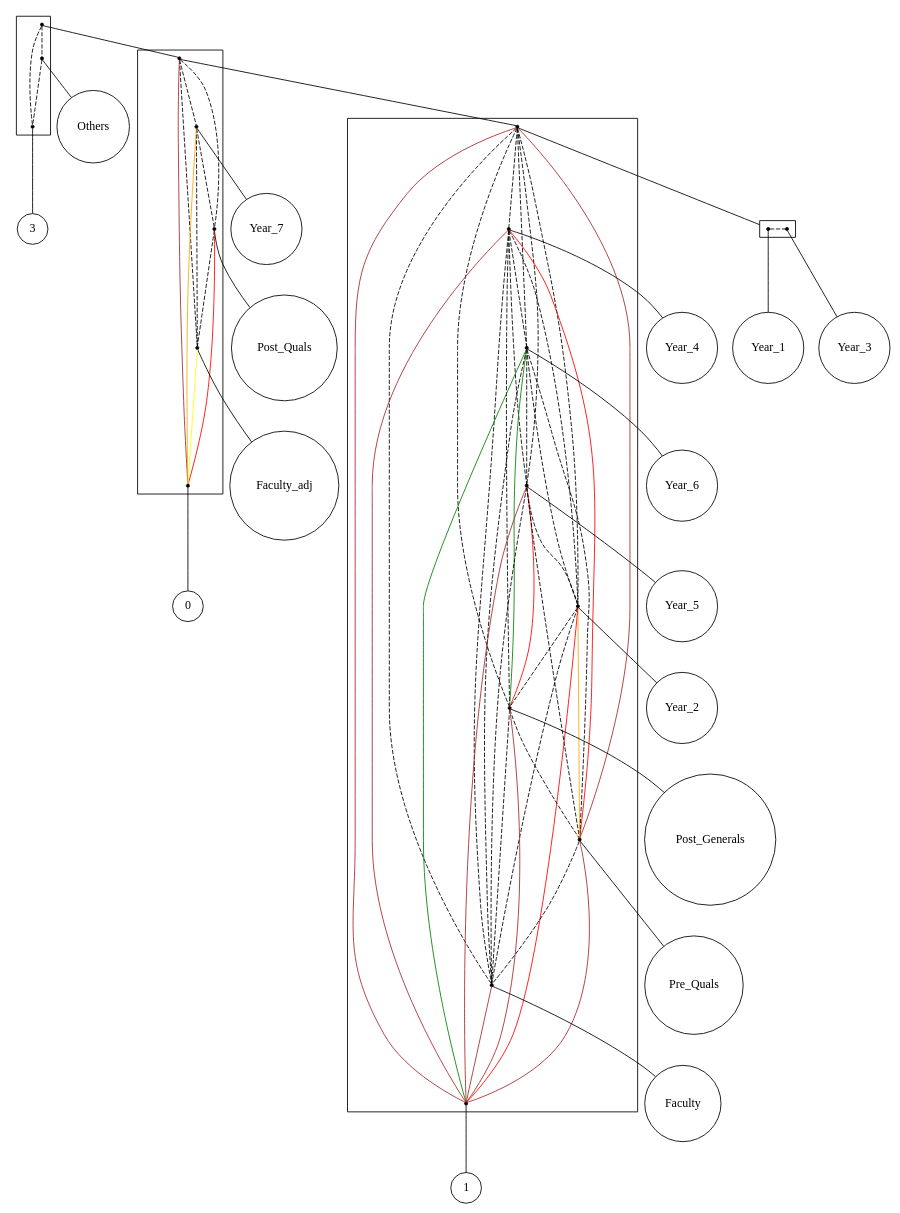
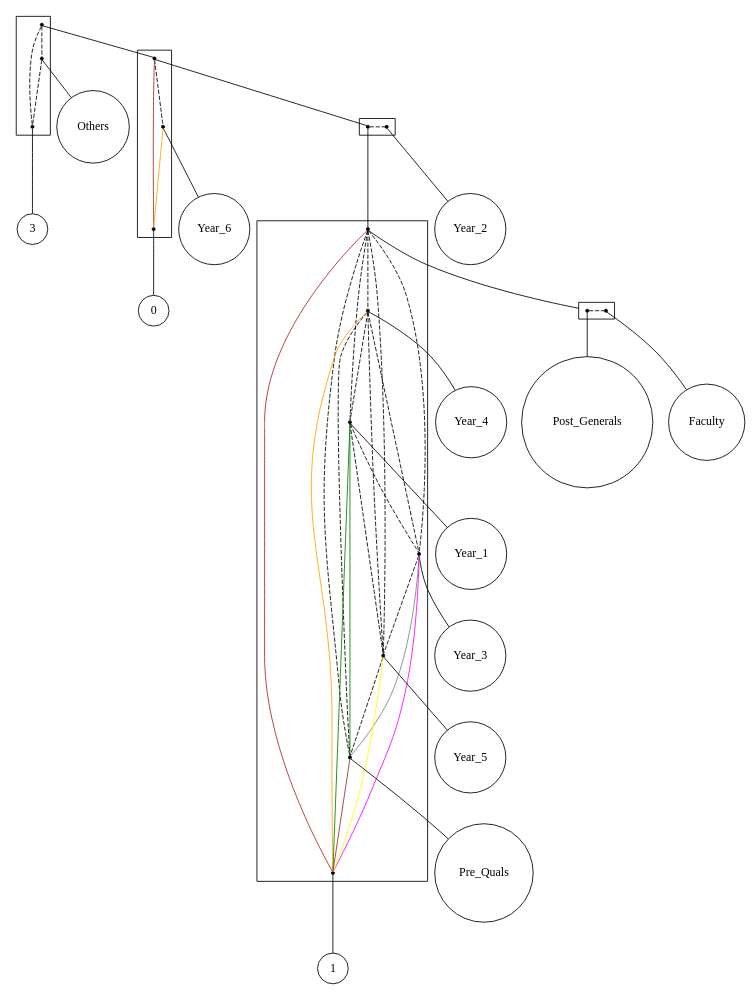
One commit to lrodrin/TFG changed the diagram in src/extension/linear_2-structure.dot. Above: the diagram before and after it, drawn with Graphviz. The commit also changed 6 other files, not shown here.

```diff
--- a/src/extension/linear_2-structure.dot
+++ b/src/extension/linear_2-structure.dot
@@ -1,109 +1,88 @@
 strict digraph "linear_2-structure" {
 compound=true;
 fontname=Verdana;
 fontsize=12;
 newrank=true;
 node [shape=circle];
 Others;
 3;
-Year_7;
-Post_Quals;
-Faculty_adj;
+Year_6;
 0;
+Year_2;
 Year_4;
-Year_6;
-Year_5;
-Year_2;
-Post_Generals;
-Pre_Quals;
-Faculty;
-1;
 Year_1;
 Year_3;
-subgraph cluster_Year_60FacultyFaculty_adjYear_3Year_41Year_1Pre_QualsYear_7Post_GeneralsOthers3Year_5Post_QualsYear_2 {
+Year_5;
+Pre_Quals;
+1;
+Post_Generals;
+Faculty;
+subgraph cluster_0Year_3Year_5Pre_QualsYear_6OthersYear_23Year_1Post_Generals1Year_4Faculty {
 node [shape=point];
-s_1Year_20Year_5Year_1Post_QualsYear_6Pre_QualsYear_7FacultyFaculty_adjYear_3Year_4Post_Generals -> s_Others  [arrowhead=none, color=black, style=dashed];
-s_1Year_20Year_5Year_1Post_QualsYear_6Pre_QualsYear_7FacultyFaculty_adjYear_3Year_4Post_Generals -> s_3  [arrowhead=none, color=black, style=dashed];
+s_Year_2Year_5Year_10Year_4Year_3Post_Generals1Pre_QualsYear_6Faculty -> s_Others  [arrowhead=none, color=black, style=dashed];
+s_Year_2Year_5Year_10Year_4Year_3Post_Generals1Pre_QualsYear_6Faculty -> s_3  [arrowhead=none, color=black, style=dashed];
 s_Others -> s_3  [arrowhead=none, color=black, style=dashed];
 }
 
-subgraph cluster_Year_60Year_5Post_QualsFacultyFaculty_adjYear_3Year_41Year_2Year_1Pre_QualsYear_7Post_Generals {
+subgraph cluster_0Year_3Year_5Pre_QualsYear_6Year_2Year_1Post_Generals1Year_4Faculty {
 node [shape=point];
-s_1Year_2Year_5Year_6Year_1Pre_QualsFacultyYear_3Year_4Post_Generals -> s_Year_7  [arrowhead=none, color=black, style=dashed];
-s_1Year_2Year_5Year_6Year_1Pre_QualsFacultyYear_3Year_4Post_Generals -> s_Post_Quals  [arrowhead=none, color=black, style=dashed];
-s_1Year_2Year_5Year_6Year_1Pre_QualsFacultyYear_3Year_4Post_Generals -> s_Faculty_adj  [arrowhead=none, color=black, style=dashed];
-s_1Year_2Year_5Year_6Year_1Pre_QualsFacultyYear_3Year_4Post_Generals -> s_0  [arrowhead=none, color=brown, style=solid];
-s_Year_7 -> s_Post_Quals  [arrowhead=none, color=black, style=dashed];
-s_Year_7 -> s_Faculty_adj  [arrowhead=none, color=black, style=dashed];
-s_Year_7 -> s_0  [arrowhead=none, color=orange, style=solid];
-s_Post_Quals -> s_Faculty_adj  [arrowhead=none, color=black, style=dashed];
-s_Post_Quals -> s_0  [arrowhead=none, color=red, style=solid];
-s_Faculty_adj -> s_0  [arrowhead=none, color=yellow, style=solid];
+s_Year_2Year_5Year_1Year_4Year_3Post_Generals1Pre_QualsFaculty -> s_Year_6  [arrowhead=none, color=black, style=dashed];
+s_Year_2Year_5Year_1Year_4Year_3Post_Generals1Pre_QualsFaculty -> s_0  [arrowhead=none, color=brown, style=solid];
+s_Year_6 -> s_0  [arrowhead=none, color=orange, style=solid];
 }
 
-subgraph cluster_Year_6Year_5FacultyYear_3Year_41Year_2Year_1Pre_QualsPost_Generals {
+subgraph cluster_Year_3Year_5Pre_QualsYear_2Year_1Post_Generals1Year_4Faculty {
+rank=same;
 node [shape=point];
-s_Year_1Year_3 -> s_Year_4  [arrowhead=none, color=black, style=dashed];
-s_Year_1Year_3 -> s_Year_6  [arrowhead=none, color=black, style=dashed];
-s_Year_1Year_3 -> s_Year_5  [arrowhead=none, color=black, style=dashed];
-s_Year_1Year_3 -> s_Year_2  [arrowhead=none, color=black, style=dashed];
-s_Year_1Year_3 -> s_Post_Generals  [arrowhead=none, color=black, style=dashed];
-s_Year_1Year_3 -> s_Pre_Quals  [arrowhead=none, color=brown, style=solid];
-s_Year_1Year_3 -> s_Faculty  [arrowhead=none, color=black, style=dashed];
-s_Year_1Year_3 -> s_1  [arrowhead=none, color=brown, style=solid];
-s_Year_4 -> s_Year_6  [arrowhead=none, color=black, style=dashed];
-s_Year_4 -> s_Year_5  [arrowhead=none, color=black, style=dashed];
-s_Year_4 -> s_Year_2  [arrowhead=none, color=black, style=dashed];
-s_Year_4 -> s_Post_Generals  [arrowhead=none, color=black, style=dashed];
-s_Year_4 -> s_Pre_Quals  [arrowhead=none, color=red, style=solid];
-s_Year_4 -> s_Faculty  [arrowhead=none, color=black, style=dashed];
-s_Year_4 -> s_1  [arrowhead=none, color=brown, style=solid];
-s_Year_6 -> s_Year_5  [arrowhead=none, color=black, style=dashed];
-s_Year_6 -> s_Year_2  [arrowhead=none, color=black, style=dashed];
-s_Year_6 -> s_Post_Generals  [arrowhead=none, color=green, style=solid];
-s_Year_6 -> s_Pre_Quals  [arrowhead=none, color=black, style=dashed];
-s_Year_6 -> s_Faculty  [arrowhead=none, color=black, style=dashed];
-s_Year_6 -> s_1  [arrowhead=none, color=green, style=solid];
-s_Year_5 -> s_Year_2  [arrowhead=none, color=black, style=dashed];
-s_Year_5 -> s_Post_Generals  [arrowhead=none, color=red, style=solid];
-s_Year_5 -> s_Pre_Quals  [arrowhead=none, color=black, style=dashed];
-s_Year_5 -> s_Faculty  [arrowhead=none, color=black, style=dashed];
-s_Year_5 -> s_1  [arrowhead=none, color=brown, style=solid];
-s_Year_2 -> s_Post_Generals  [arrowhead=none, color=black, style=dashed];
-s_Year_2 -> s_Pre_Quals  [arrowhead=none, color=orange, style=solid];
-s_Year_2 -> s_Faculty  [arrowhead=none, color=black, style=dashed];
-s_Year_2 -> s_1  [arrowhead=none, color=red, style=solid];
-s_Post_Generals -> s_Pre_Quals  [arrowhead=none, color=black, style=dashed];
-s_Post_Generals -> s_Faculty  [arrowhead=none, color=black, style=dashed];
-s_Post_Generals -> s_1  [arrowhead=none, color=brown, style=solid];
-s_Pre_Quals -> s_Faculty  [arrowhead=none, color=black, style=dashed];
-s_Pre_Quals -> s_1  [arrowhead=none, color=brown, style=solid];
-s_Faculty -> s_1  [arrowhead=none, color=brown, style=solid];
+s_Year_1Year_4Year_3Post_Generals1Year_5Pre_QualsFaculty -> s_Year_2  [arrowhead=none, color=black, style=dashed];
 }
 
-subgraph cluster_Year_1Year_3 {
+subgraph cluster_Year_3Year_5Pre_QualsYear_1Post_Generals1Year_4Faculty {
+node [shape=point];
+s_Post_GeneralsFaculty -> s_Year_4  [arrowhead=none, color=black, style=dashed];
+s_Post_GeneralsFaculty -> s_Year_1  [arrowhead=none, color=black, style=dashed];
+s_Post_GeneralsFaculty -> s_Year_3  [arrowhead=none, color=black, style=dashed];
+s_Post_GeneralsFaculty -> s_Year_5  [arrowhead=none, color=black, style=dashed];
+s_Post_GeneralsFaculty -> s_Pre_Quals  [arrowhead=none, color=black, style=dashed];
+s_Post_GeneralsFaculty -> s_1  [arrowhead=none, color=brown, style=solid];
+s_Year_4 -> s_Year_1  [arrowhead=none, color=black, style=dashed];
+s_Year_4 -> s_Year_3  [arrowhead=none, color=black, style=dashed];
+s_Year_4 -> s_Year_5  [arrowhead=none, color=black, style=dashed];
+s_Year_4 -> s_Pre_Quals  [arrowhead=none, color=black, style=dashed];
+s_Year_4 -> s_1  [arrowhead=none, color=orange, style=solid];
+s_Year_1 -> s_Year_3  [arrowhead=none, color=black, style=dashed];
+s_Year_1 -> s_Year_5  [arrowhead=none, color=black, style=dashed];
+s_Year_1 -> s_Pre_Quals  [arrowhead=none, color=green, style=solid];
+s_Year_1 -> s_1  [arrowhead=none, color=green, style=solid];
+s_Year_3 -> s_Year_5  [arrowhead=none, color=black, style=dashed];
+s_Year_3 -> s_Pre_Quals  [arrowhead=none, color=grey, style=solid];
+s_Year_3 -> s_1  [arrowhead=none, color=magenta, style=solid];
+s_Year_5 -> s_Pre_Quals  [arrowhead=none, color=black, style=dashed];
+s_Year_5 -> s_1  [arrowhead=none, color=yellow, style=solid];
+s_Pre_Quals -> s_1  [arrowhead=none, color=brown, style=solid];
+}
+
+subgraph cluster_Post_GeneralsFaculty {
 rank=same;
 node [shape=point];
-s_Year_1 -> s_Year_3  [arrowhead=none, color=black, style=dashed];
+s_Post_Generals -> s_Faculty  [arrowhead=none, color=black, style=dashed];
 }
 
-s_1Year_20Year_5Year_1Post_QualsYear_6Pre_QualsYear_7FacultyFaculty_adjYear_3Year_4Post_Generals -> s_1Year_2Year_5Year_6Year_1Pre_QualsFacultyYear_3Year_4Post_Generals  [arrowhead=none, lhead=cluster_1Year_20Year_5Year_1Post_QualsYear_6Pre_QualsYear_7FacultyFaculty_adjYear_3Year_4Post_Generals];
+s_Year_2Year_5Year_10Year_4Year_3Post_Generals1Pre_QualsYear_6Faculty -> s_Year_2Year_5Year_1Year_4Year_3Post_Generals1Pre_QualsFaculty  [arrowhead=none, lhead=cluster_Year_2Year_5Year_10Year_4Year_3Post_Generals1Pre_QualsYear_6Faculty];
 s_Others -> Others  [arrowhead=none];
 s_3 -> 3  [arrowhead=none];
-s_1Year_2Year_5Year_6Year_1Pre_QualsFacultyYear_3Year_4Post_Generals -> s_Year_1Year_3  [arrowhead=none, lhead=cluster_1Year_2Year_5Year_6Year_1Pre_QualsFacultyYear_3Year_4Post_Generals];
-s_Year_7 -> Year_7  [arrowhead=none];
-s_Post_Quals -> Post_Quals  [arrowhead=none];
-s_Faculty_adj -> Faculty_adj  [arrowhead=none];
+s_Year_2Year_5Year_1Year_4Year_3Post_Generals1Pre_QualsFaculty -> s_Year_1Year_4Year_3Post_Generals1Year_5Pre_QualsFaculty  [arrowhead=none, lhead=cluster_Year_2Year_5Year_1Year_4Year_3Post_Generals1Pre_QualsFaculty];
+s_Year_6 -> Year_6  [arrowhead=none];
 s_0 -> 0  [arrowhead=none];
-s_Year_1Year_3 -> s_Year_1  [arrowhead=none, lhead=cluster_Year_1Year_3];
+s_Year_1Year_4Year_3Post_Generals1Year_5Pre_QualsFaculty -> s_Post_GeneralsFaculty  [arrowhead=none, lhead=cluster_Year_1Year_4Year_3Post_Generals1Year_5Pre_QualsFaculty];
+s_Year_2 -> Year_2  [arrowhead=none];
+s_Post_GeneralsFaculty -> s_Post_Generals  [arrowhead=none, lhead=cluster_Post_GeneralsFaculty];
 s_Year_4 -> Year_4  [arrowhead=none];
-s_Year_6 -> Year_6  [arrowhead=none];
-s_Year_5 -> Year_5  [arrowhead=none];
-s_Year_2 -> Year_2  [arrowhead=none];
-s_Post_Generals -> Post_Generals  [arrowhead=none];
-s_Pre_Quals -> Pre_Quals  [arrowhead=none];
-s_Faculty -> Faculty  [arrowhead=none];
-s_1 -> 1  [arrowhead=none];
 s_Year_1 -> Year_1  [arrowhead=none];
 s_Year_3 -> Year_3  [arrowhead=none];
+s_Year_5 -> Year_5  [arrowhead=none];
+s_Pre_Quals -> Pre_Quals  [arrowhead=none];
+s_1 -> 1  [arrowhead=none];
+s_Post_Generals -> Post_Generals  [arrowhead=none];
+s_Faculty -> Faculty  [arrowhead=none];
 }
```
